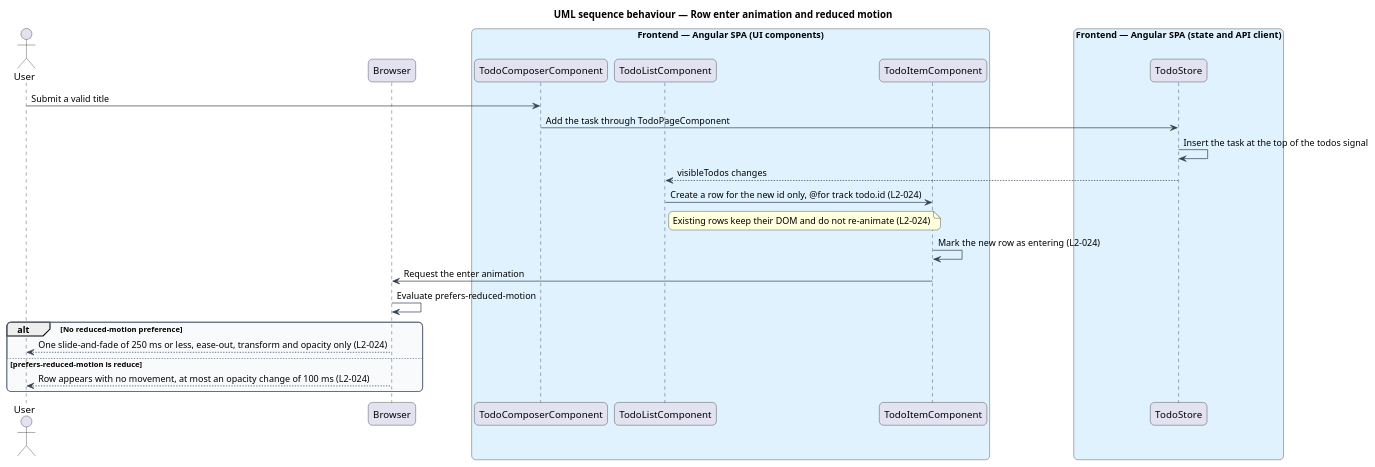
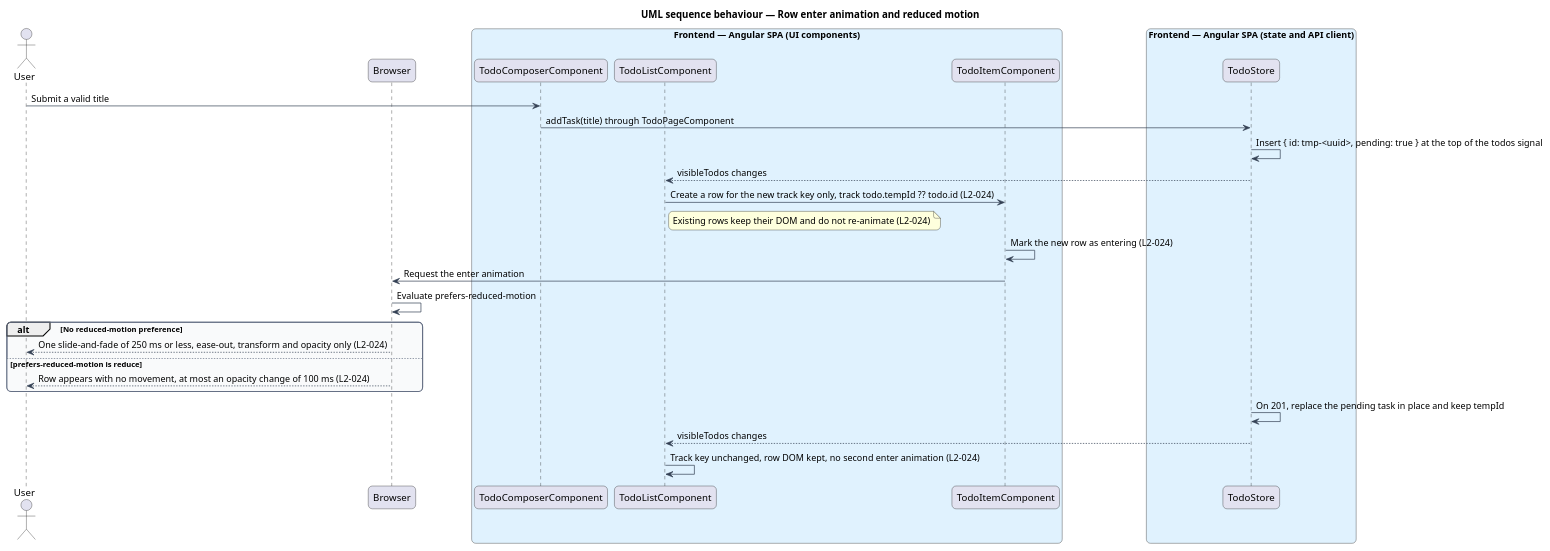
One commit to QuinntyneBrown/php-todo-lab changed the diagram in docs/detailed-designs/interface/theme-and-motion/diagrams/sequence-row-enter-motion.puml. Above: the diagram before and after it, drawn with PlantUML. The commit also changed 189 other files, not shown here.

```diff
--- a/docs/detailed-designs/interface/theme-and-motion/diagrams/sequence-row-enter-motion.puml
+++ b/docs/detailed-designs/interface/theme-and-motion/diagrams/sequence-row-enter-motion.puml
@@ -1,43 +1,46 @@
 @startuml
 title UML sequence behaviour — Row enter animation and reduced motion
 skinparam backgroundColor #FFFFFF
 skinparam shadowing false
 skinparam roundcorner 12
 skinparam defaultFontName Arial
 skinparam ArrowColor #344054
 skinparam rectangle {
   BorderColor #344054
   FontColor #101828
 }
 skinparam package {
   BorderColor #667085
   FontColor #101828
   BackgroundColor #F9FAFB
 }
 actor "User" as user
 participant "Browser" as browser
 box "Frontend — Angular SPA (UI components)" #E0F2FE
   participant "TodoComposerComponent" as composer
   participant "TodoListComponent" as list
   participant "TodoItemComponent" as item
 end box
 box "Frontend — Angular SPA (state and API client)" #E0F2FE
   participant "TodoStore" as store
 end box
 user -> composer : Submit a valid title
-composer -> store : Add the task through TodoPageComponent
-store -> store : Insert the task at the top of the todos signal
+composer -> store : addTask(title) through TodoPageComponent
+store -> store : Insert { id: tmp-<uuid>, pending: true } at the top of the todos signal
 store --> list : visibleTodos changes
-list -> item : Create a row for the new id only, @for track todo.id (L2-024)
+list -> item : Create a row for the new track key only, track todo.tempId ?? todo.id (L2-024)
 note right of list
   Existing rows keep their DOM and do not re-animate (L2-024)
 end note
 item -> item : Mark the new row as entering (L2-024)
 item -> browser : Request the enter animation
 browser -> browser : Evaluate prefers-reduced-motion
 alt No reduced-motion preference
   browser --> user : One slide-and-fade of 250 ms or less, ease-out, transform and opacity only (L2-024)
 else prefers-reduced-motion is reduce
   browser --> user : Row appears with no movement, at most an opacity change of 100 ms (L2-024)
 end
+store -> store : On 201, replace the pending task in place and keep tempId
+store --> list : visibleTodos changes
+list -> list : Track key unchanged, row DOM kept, no second enter animation (L2-024)
 @enduml
```
